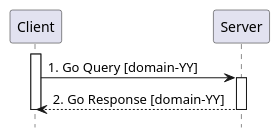
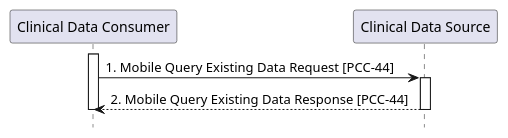
The diagram in input/images-source/usecase1-processflow.plantuml (IHE/PCC.QEDm), drawn with PlantUML before and after one commit.

Commit message:
updated process flow diagram for QEDm

```diff
--- a/input/images-source/usecase1-processflow.plantuml
+++ b/input/images-source/usecase1-processflow.plantuml
@@ -1,12 +1,12 @@
 @startuml
 skinparam svgDimensionStyle false
 hide footbox
-participant "Client" as Client
-participant "Server" as Server
+participant "Clinical Data Consumer" as Client
+participant "Clinical Data Source" as Server
 activate "Client"
-"Client" -> "Server" : 1. Go Query [domain-YY]
+"Client" -> "Server" : 1. Mobile Query Existing Data Request [PCC-44]
 activate "Server"
-"Server" --> "Client" : 2. Go Response [domain-YY]
+"Server" --> "Client" : 2. Mobile Query Existing Data Response [PCC-44]
 deactivate "Client"
 deactivate "Server"
 @enduml
```
